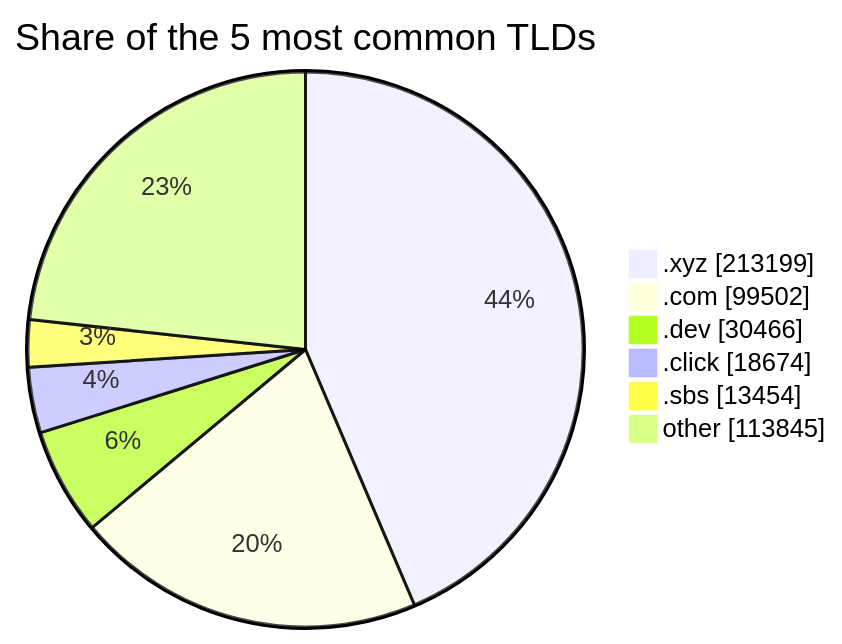
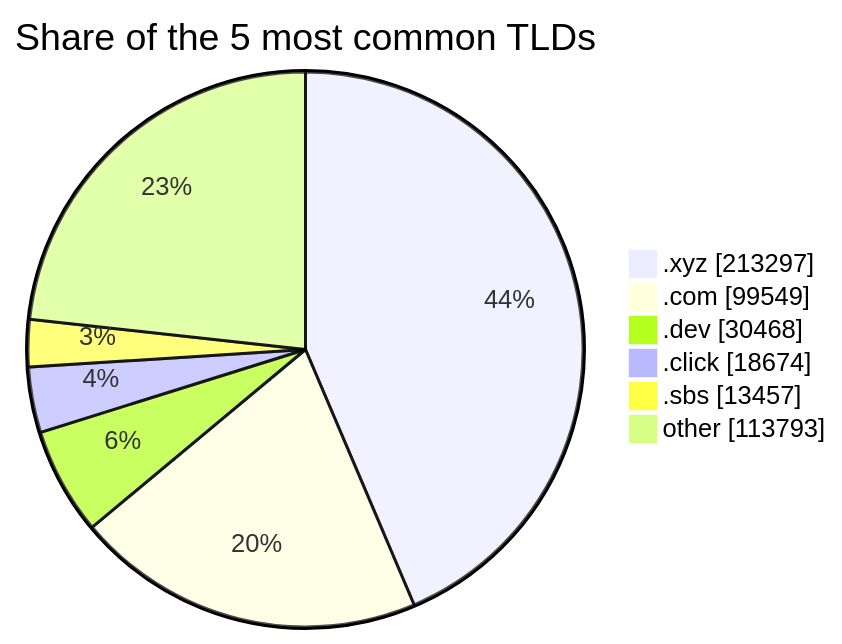
One commit to DNSBunker/CTI changed the third of 3 diagrams in README.md. Above: the diagram before and after it, drawn with Mermaid. The commit also changed other lines of this file and 3 other files, not shown here.

````diff
--- a/README.md
+++ b/README.md
@@ -81,9 +81,9 @@
 ```mermaid
 pie showData title Share of the 5 most common TLDs
-    ".xyz" : 213199
-    ".com" : 99502
-    ".dev" : 30466
+    ".xyz" : 213297
+    ".com" : 99549
+    ".dev" : 30468
     ".click" : 18674
-    ".sbs" : 13454
-    "other" : 113845
+    ".sbs" : 13457
+    "other" : 113793
 ```
````
